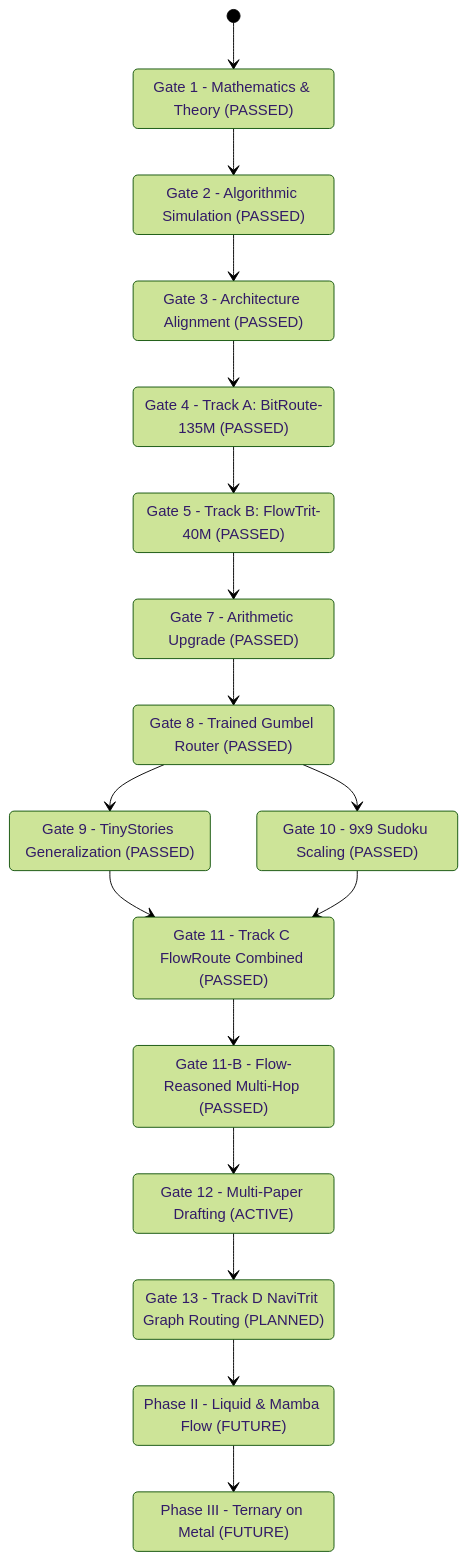
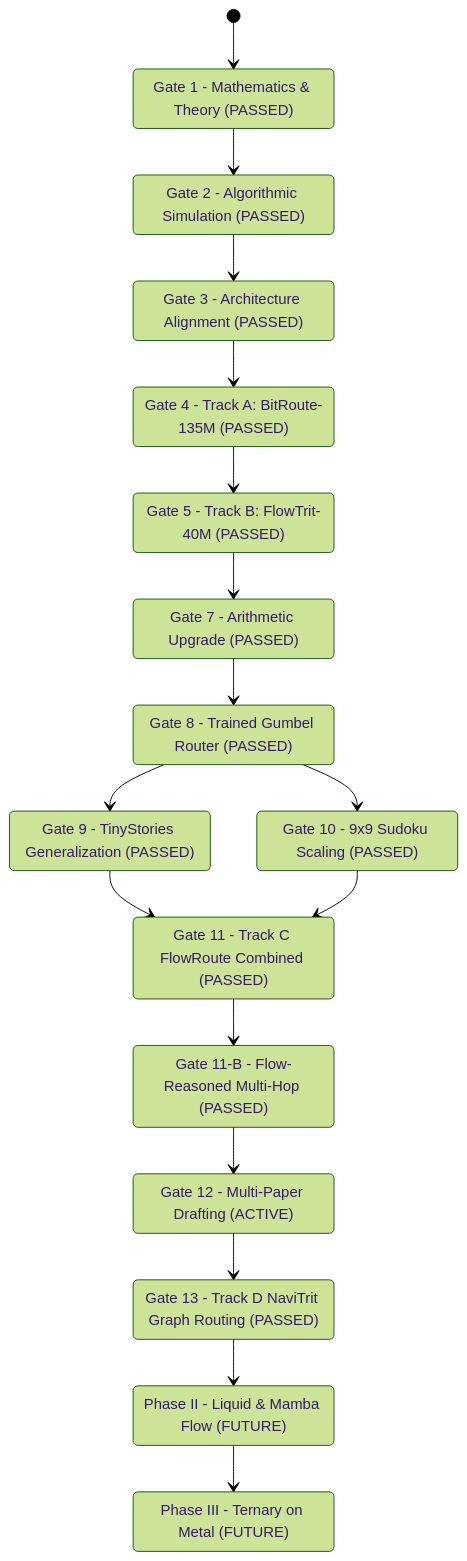
One commit to JadeZaher/ternary-memory-research changed the diagram in research/conductor-track.md. Above: the diagram before and after it, drawn with Mermaid (forest theme). The commit also changed other lines of this file and 6 other files, not shown here.

Commit message:
feat(track-d): implement NaviTrit non-monotonic graph navigation with stationary module tiles (Gate 13 PASSED)

````diff
--- a/research/conductor-track.md
+++ b/research/conductor-track.md
@@ -45,35 +45,35 @@
 ```mermaid
 stateDiagram-v2
     Gate1_Math : Gate 1 - Mathematics & Theory (PASSED)
     Gate2_Simulation : Gate 2 - Algorithmic Simulation (PASSED)
     Gate3_Architecture : Gate 3 - Architecture Alignment (PASSED)
     Gate4_ModelA : Gate 4 - Track A: BitRoute-135M (PASSED)
     Gate5_ModelB : Gate 5 - Track B: FlowTrit-40M (PASSED)
     Gate7_Arith  : Gate 7 - Arithmetic Upgrade (PASSED)
     Gate8_Router : Gate 8 - Trained Gumbel Router (PASSED)
     Gate9_Lang   : Gate 9 - TinyStories Generalization (PASSED)
     Gate10_Sud9  : Gate 10 - 9x9 Sudoku Scaling (PASSED)
     Gate11_Route : Gate 11 - Track C FlowRoute Combined (PASSED)
     Gate11B_FlowRoute : Gate 11-B - Flow-Reasoned Multi-Hop (PASSED)
     Gate12_Papers: Gate 12 - Multi-Paper Drafting (ACTIVE)
-    Gate13_NaviTrit: Gate 13 - Track D NaviTrit Graph Routing (PLANNED)
+    Gate13_NaviTrit: Gate 13 - Track D NaviTrit Graph Routing (PASSED)
     PhaseII_TrackE : Phase II - Liquid & Mamba Flow (FUTURE)
     PhaseIII_TrackF : Phase III - Ternary on Metal (FUTURE)
 
     [*] --> Gate1_Math
     Gate1_Math --> Gate2_Simulation
     Gate2_Simulation --> Gate3_Architecture
     Gate3_Architecture --> Gate4_ModelA
     Gate4_ModelA --> Gate5_ModelB
     Gate5_ModelB --> Gate7_Arith
     Gate7_Arith --> Gate8_Router
     Gate8_Router --> Gate9_Lang
     Gate8_Router --> Gate10_Sud9
     Gate9_Lang --> Gate11_Route
     Gate10_Sud9 --> Gate11_Route
     Gate11_Route --> Gate11B_FlowRoute
     Gate11B_FlowRoute --> Gate12_Papers
     Gate12_Papers --> Gate13_NaviTrit
     Gate13_NaviTrit --> PhaseII_TrackE
     PhaseII_TrackE --> PhaseIII_TrackF
 ```
````
